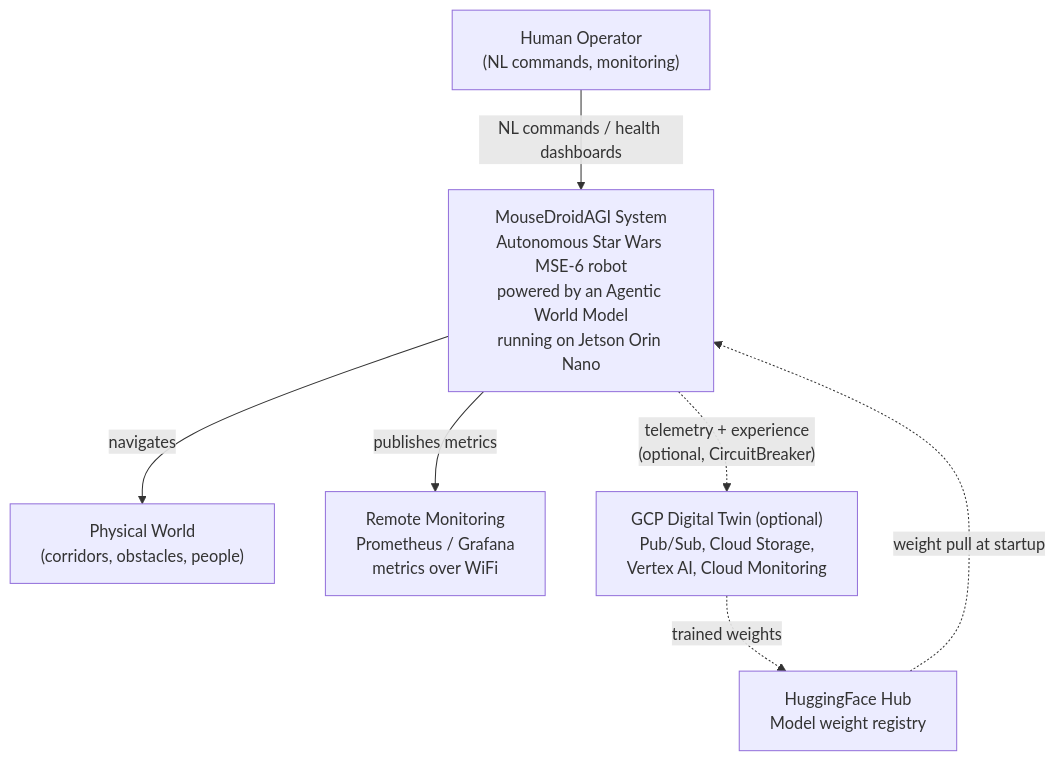
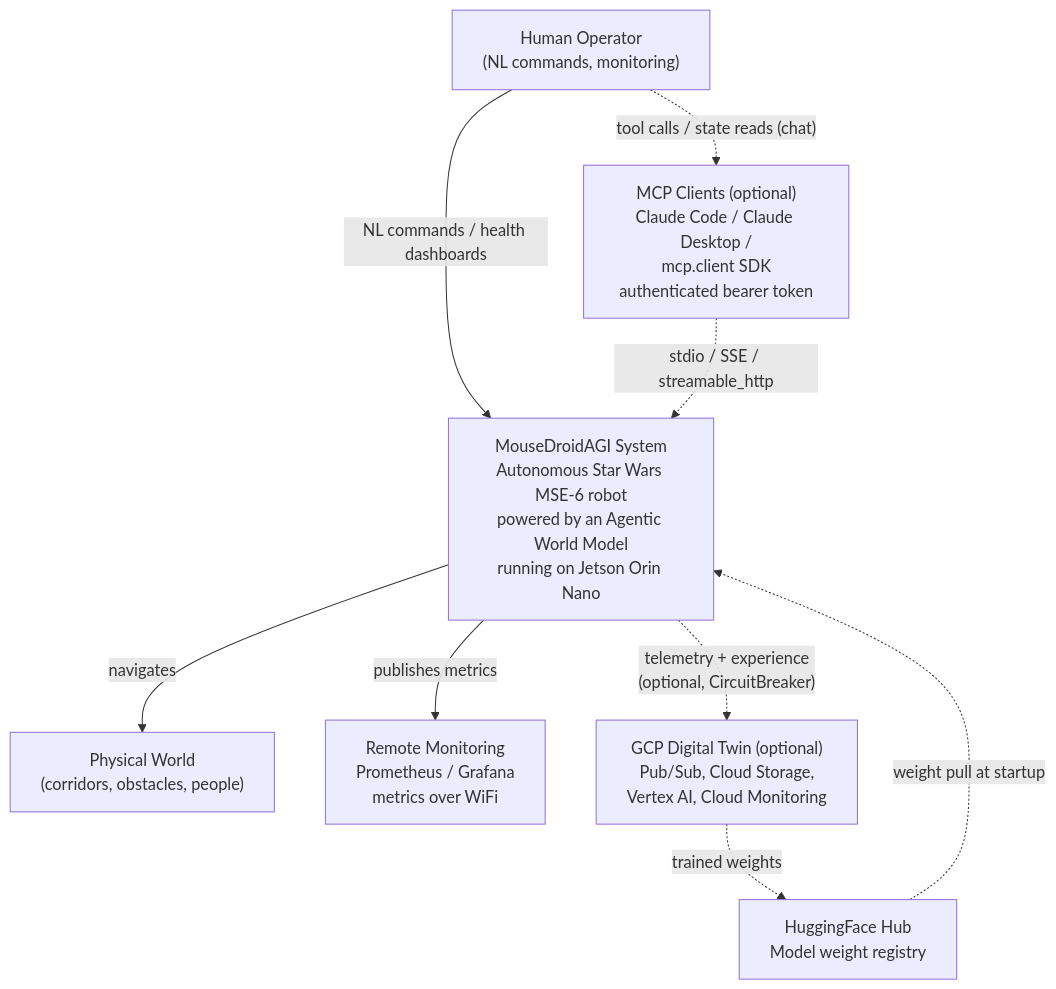
One commit to ianshank/Mouse-Droid-AGI changed the first of 17 diagrams in docs/architecture.md. Above: the diagram before and after it, drawn with Mermaid. The commit also changed other lines of this file and 30 other files, not shown here.

````diff
--- a/docs/architecture.md
+++ b/docs/architecture.md
@@ -9,16 +9,19 @@
 ```mermaid
 graph TD
     HumanOp["Human Operator\n(NL commands, monitoring)"]
     System["MouseDroidAGI System\nAutonomous Star Wars MSE-6 robot\npowered by an Agentic World Model\nrunning on Jetson Orin Nano"]
     PhysWorld["Physical World\n(corridors, obstacles, people)"]
     RemoteMonitor["Remote Monitoring\nPrometheus / Grafana\nmetrics over WiFi"]
+    MCPClient["MCP Clients (optional)\nClaude Code / Claude Desktop /\nmcp.client SDK\nauthenticated bearer token"]
     GCPCloud["GCP Digital Twin (optional)\nPub/Sub, Cloud Storage,\nVertex AI, Cloud Monitoring"]
     HFHub["HuggingFace Hub\nModel weight registry"]
 
     HumanOp -- "NL commands / health dashboards" --> System
+    HumanOp -. "tool calls / state reads (chat)" .-> MCPClient
+    MCPClient -. "stdio / SSE / streamable_http" .-> System
     System -- "navigates" --> PhysWorld
     System -- "publishes metrics" --> RemoteMonitor
     System -. "telemetry + experience\n(optional, CircuitBreaker)" .-> GCPCloud
     GCPCloud -. "trained weights" .-> HFHub
     HFHub -. "weight pull at startup" .-> System
 ```
````
